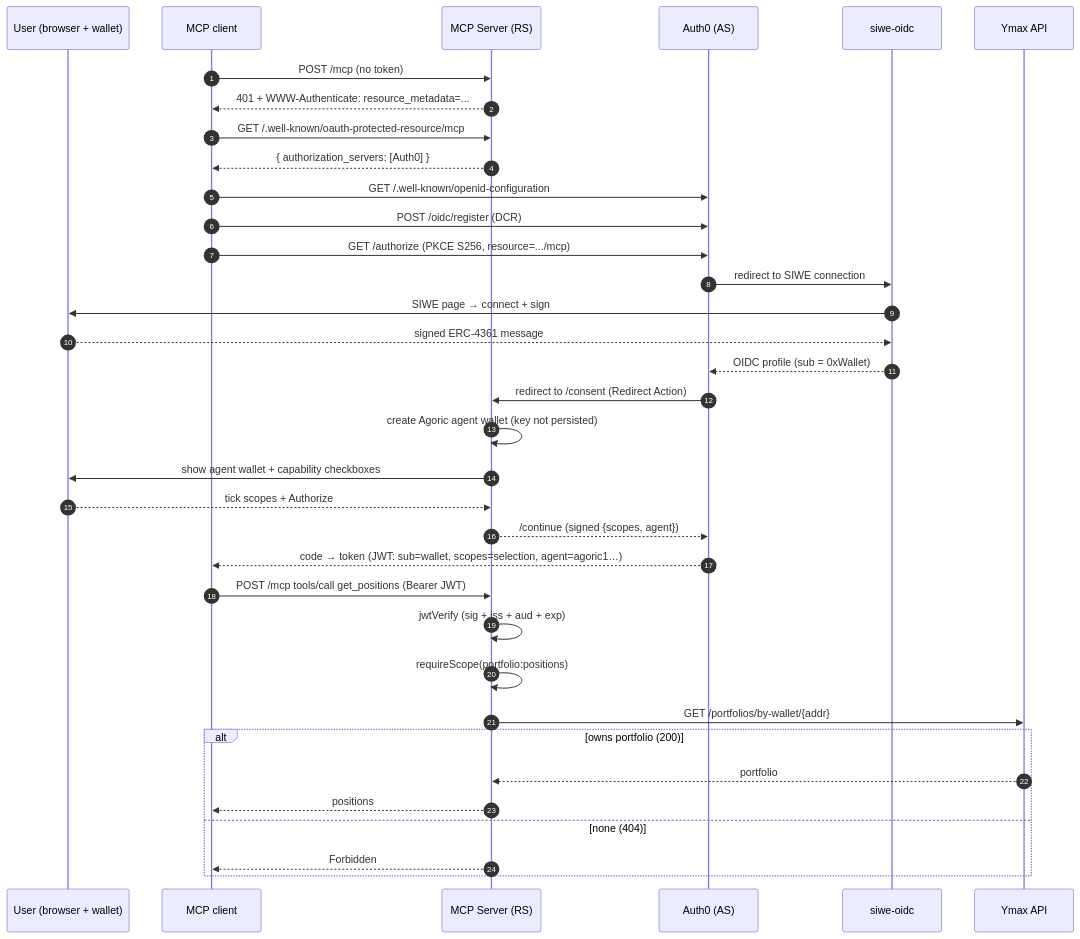
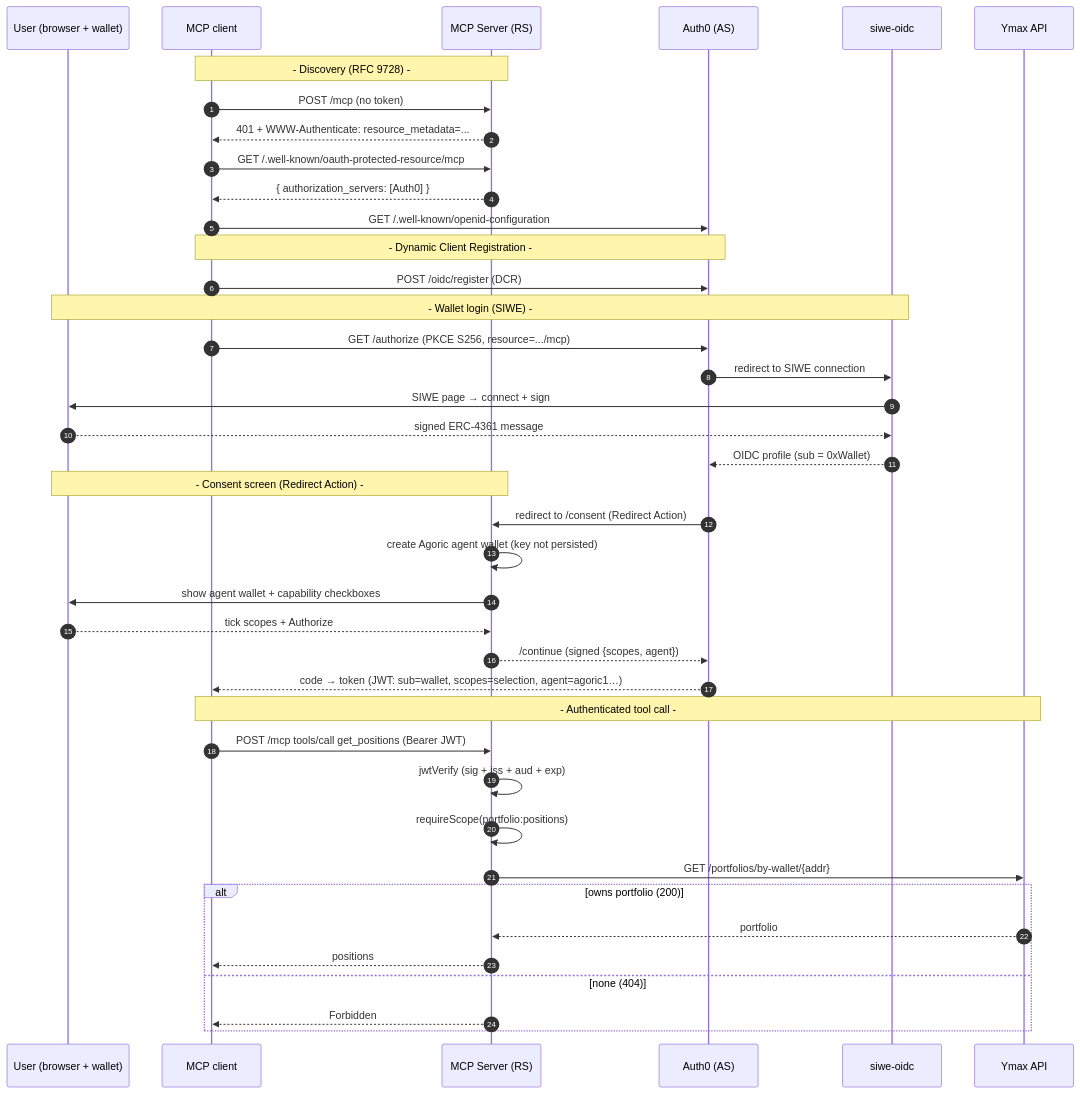
The diagram in docs/design-authn-authz.md (rabi-siddique/auth0-siwe), drawn with Mermaid before and after one commit. The commit also changed other lines of this file, not shown here.

````diff
--- a/docs/design-authn-authz.md
+++ b/docs/design-authn-authz.md
@@ -88,38 +86,47 @@
 ```mermaid
 sequenceDiagram
     autonumber
     participant U as User (browser + wallet)
     participant C as MCP client
     participant M as MCP Server (RS)
     participant A as Auth0 (AS)
     participant S as siwe-oidc
     participant Y as Ymax API
 
+    Note over C,M: - Discovery (RFC 9728) -
     C->>M: POST /mcp (no token)
     M-->>C: 401 + WWW-Authenticate: resource_metadata=...
     C->>M: GET /.well-known/oauth-protected-resource/mcp
     M-->>C: { authorization_servers: [Auth0] }
     C->>A: GET /.well-known/openid-configuration
+
+    Note over C,A: - Dynamic Client Registration -
     C->>A: POST /oidc/register (DCR)
+
+    Note over U,S: - Wallet login (SIWE) -
     C->>A: GET /authorize (PKCE S256, resource=.../mcp)
     A->>S: redirect to SIWE connection
     S->>U: SIWE page → connect + sign
     U-->>S: signed ERC-4361 message
     S-->>A: OIDC profile (sub = 0xWallet)
+
+    Note over U,M: - Consent screen (Redirect Action) -
     A->>M: redirect to /consent (Redirect Action)
     M->>M: create Agoric agent wallet (key not persisted)
     M->>U: show agent wallet + capability checkboxes
     U-->>M: tick scopes + Authorize
     M-->>A: /continue (signed {scopes, agent})
     A-->>C: code → token (JWT: sub=wallet, scopes=selection, agent=agoric1…)
+
+    Note over C,Y: - Authenticated tool call -
     C->>M: POST /mcp tools/call get_positions (Bearer JWT)
     M->>M: jwtVerify (sig + iss + aud + exp)
     M->>M: requireScope(portfolio:positions)
     M->>Y: GET /portfolios/by-wallet/{addr}
     alt owns portfolio (200)
         Y-->>M: portfolio
         M-->>C: positions
     else none (404)
         M-->>C: Forbidden
     end
 ```
````
